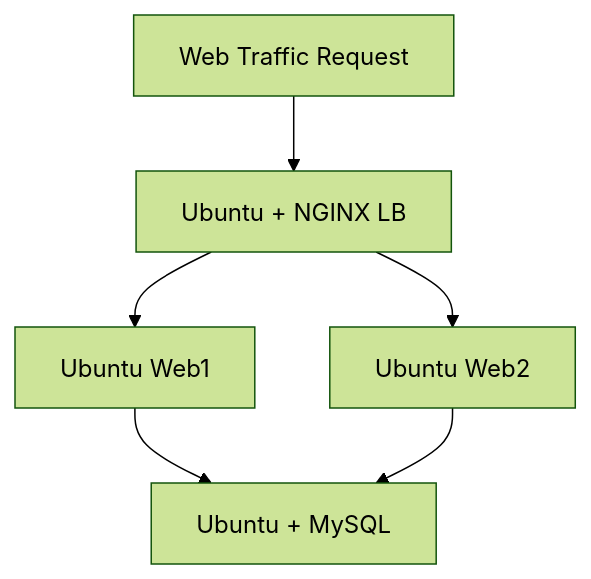
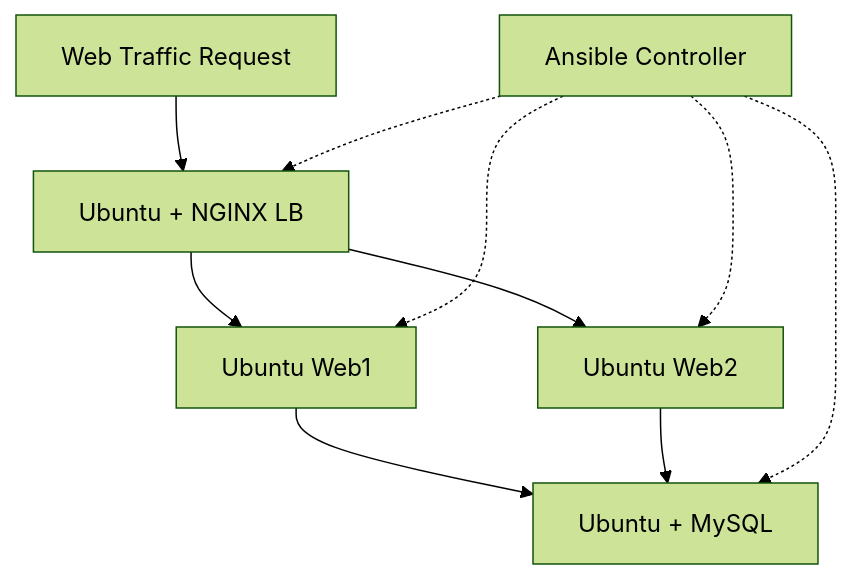
One commit to phyomauk/ansible-lab changed the diagram in README.md. Above: the diagram before and after it, drawn with Mermaid (forest theme). The commit also changed other lines of this file, not shown here.

Commit message:
updated diagram

````diff
--- a/README.md
+++ b/README.md
@@ -12,14 +12,20 @@
 ```mermaid
 flowchart TD
     USER[Web Traffic Request]
     LB[Ubuntu + NGINX LB]
     WEB1[Ubuntu Web1]
     WEB2[Ubuntu Web2]
     DB[Ubuntu + MySQL]
-    
+    ANSIBLE[Ansible Controller]
+
     USER --> LB
     LB --> WEB1
     LB --> WEB2
     WEB1 --> DB
     WEB2 --> DB
+
+    ANSIBLE -.-> LB
+    ANSIBLE -.-> WEB1
+    ANSIBLE -.-> WEB2
+    ANSIBLE -.-> DB
 ```
````
